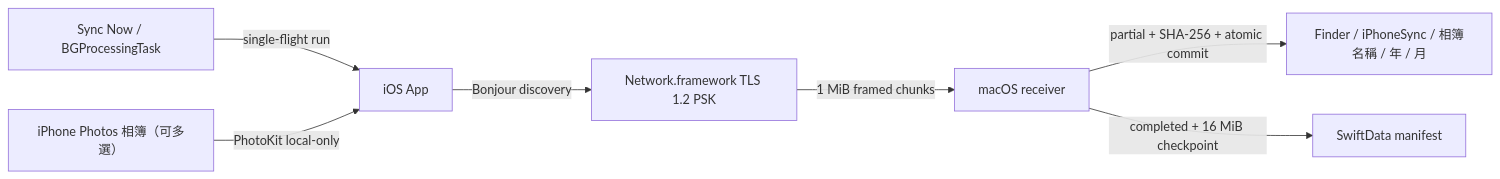
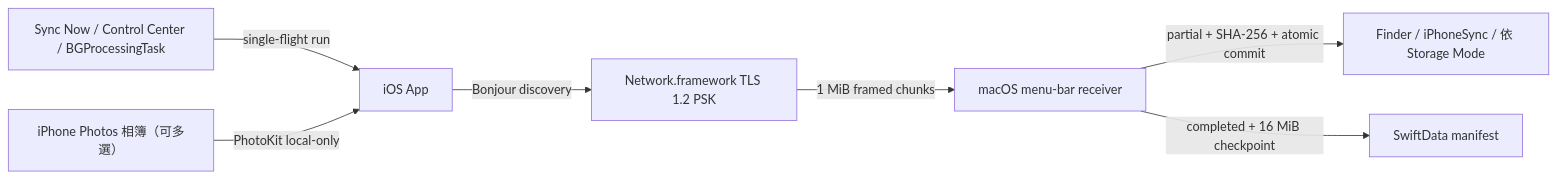
One commit to BizShuk/iphone_sync changed the diagram in README.md. Above: the diagram before and after it, drawn with Mermaid. The commit also changed other lines of this file and 51 other files, not shown here.

Commit message:
feat: add iOS Control Center widget and App Shortcuts for background sync triggers

````diff
--- a/README.md
+++ b/README.md
@@ -18,9 +37,9 @@
 ```mermaid
 flowchart LR
-    T["Sync Now / BGProcessingTask"] -->|"single-flight run"| A["iOS App"]
+    T["Sync Now / Control Center / BGProcessingTask"] -->|"single-flight run"| A["iOS App"]
     P["iPhone Photos 相簿（可多選）"] -->|"PhotoKit local-only"| A
     A -->|"Bonjour discovery"| C["Network.framework TLS 1.2 PSK"]
-    C -->|"1 MiB framed chunks"| D["macOS receiver"]
-    D -->|"partial + SHA-256 + atomic commit"| E["Finder / iPhoneSync / 相簿名稱 / 年 / 月"]
+    C -->|"1 MiB framed chunks"| D["macOS menu-bar receiver"]
+    D -->|"partial + SHA-256 + atomic commit"| E["Finder / iPhoneSync / 依 Storage Mode"]
     D -->|"completed + 16 MiB checkpoint"| F["SwiftData manifest"]
 ```
````
